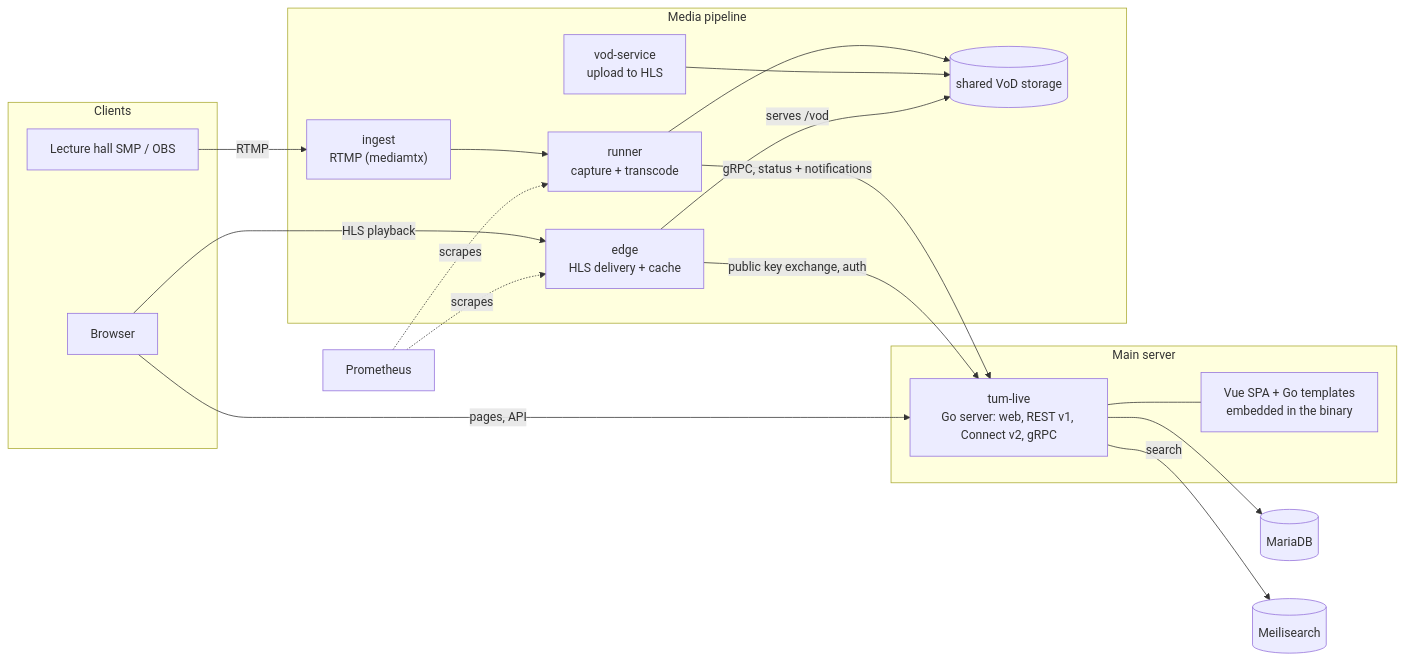
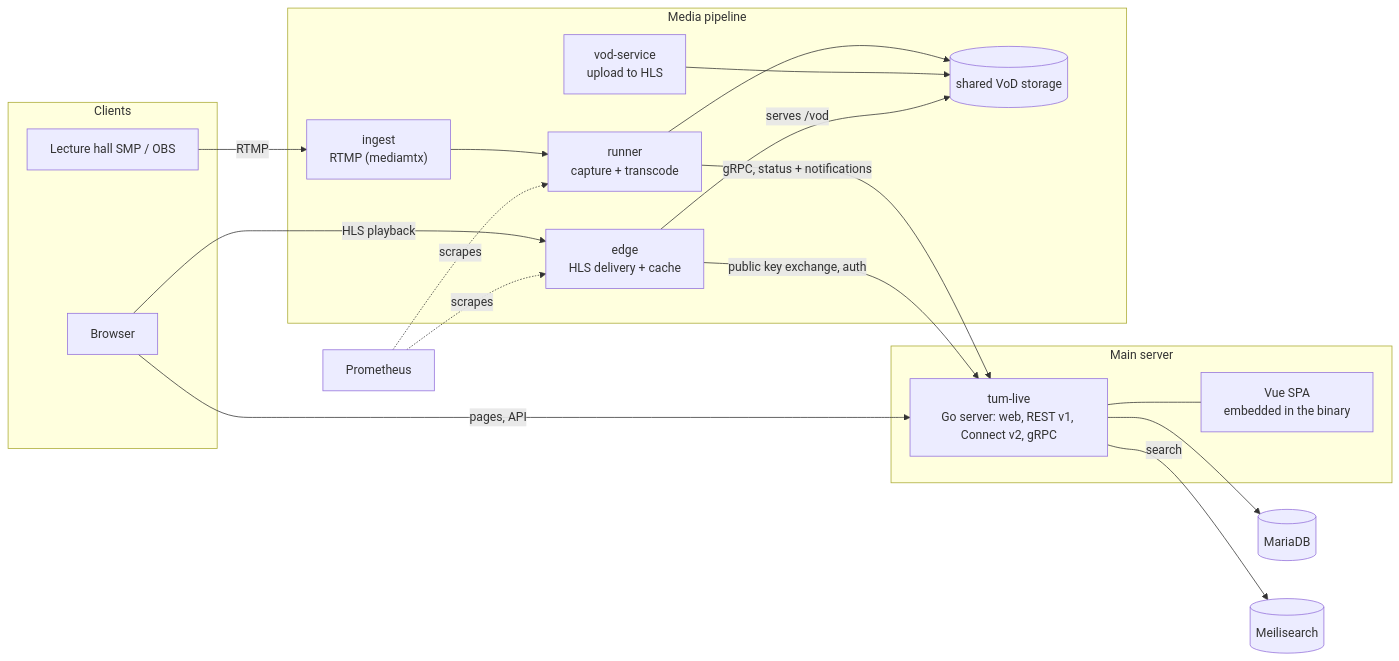
One commit to TUM-Dev/gocast changed the diagram in docs_v2/docs/development/Architecture.md. Above: the diagram before and after it, drawn with Mermaid. The commit also changed other lines of this file and 114 other files, not shown here.

````diff
--- a/docs_v2/docs/development/Architecture.md
+++ b/docs_v2/docs/development/Architecture.md
@@ -11,39 +11,39 @@
 ```mermaid
 flowchart LR
     subgraph clients [Clients]
         browser[Browser]
         smp[Lecture hall SMP / OBS]
     end
 
     subgraph core [Main server]
         tumlive["tum-live<br/>Go server: web, REST v1, Connect v2, gRPC"]
-        spa["Vue SPA + Go templates<br/>embedded in the binary"]
+        spa["Vue SPA<br/>embedded in the binary"]
     end
 
     subgraph media [Media pipeline]
         ingest["ingest<br/>RTMP (mediamtx)"]
         runner["runner<br/>capture + transcode"]
         vod["vod-service<br/>upload to HLS"]
         edge["edge<br/>HLS delivery + cache"]
         storage[("shared VoD storage")]
     end
 
     db[("MariaDB")]
     meili[("Meilisearch")]
     prom["Prometheus"]
 
     browser -->|pages, API| tumlive
     tumlive --- spa
     browser -->|HLS playback| edge
     smp -->|RTMP| ingest
     ingest --> runner
     runner -->|gRPC, status + notifications| tumlive
     runner --> storage
     vod --> storage
     edge -->|serves /vod| storage
     edge -->|public key exchange, auth| tumlive
     tumlive --> db
     tumlive -->|search| meili
     prom -.->|scrapes| runner
     prom -.->|scrapes| edge
 ```
````
